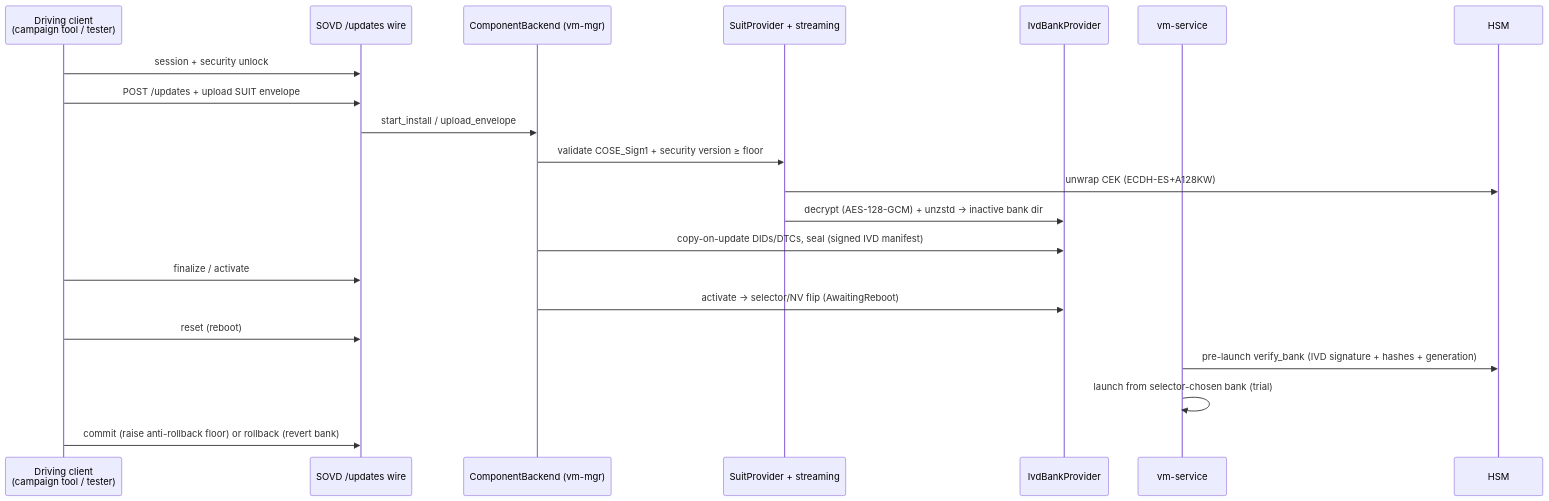
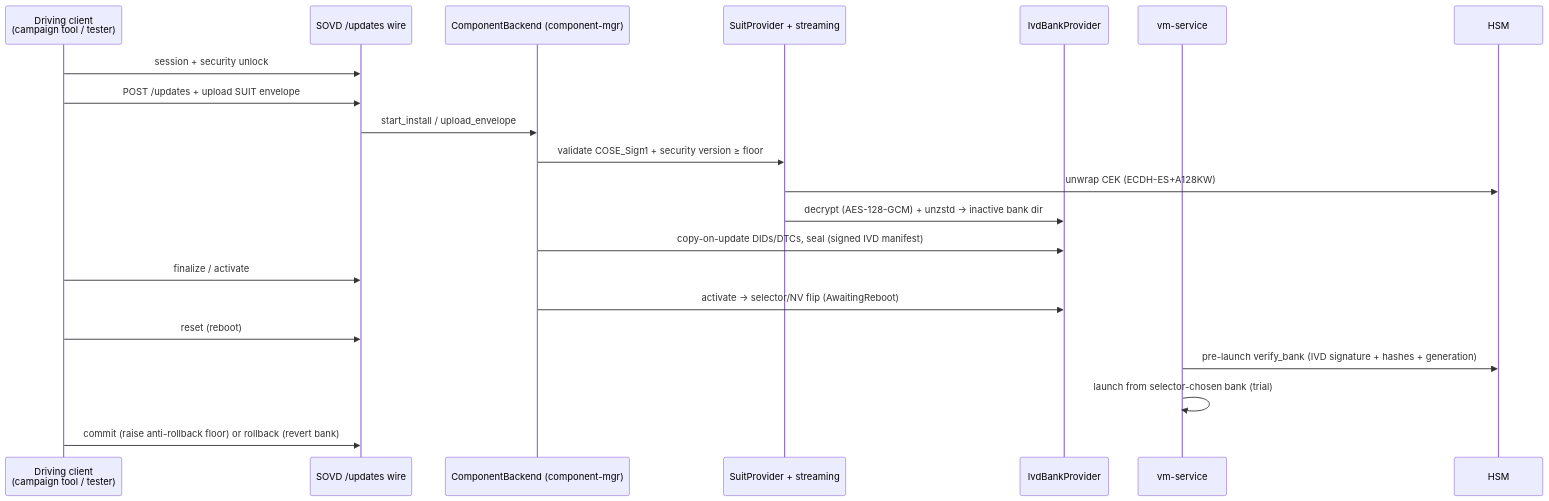
One commit to sdv-playground/sumo-machine-manager changed the fifth of 5 diagrams in ARCHITECTURE.md. Above: the diagram before and after it, drawn with Mermaid. The commit also changed other lines of this file and 30 other files, not shown here.

First line of the commit message:
refactor(docs): vm-mgr -> component-mgr crate references

````diff
--- a/ARCHITECTURE.md
+++ b/ARCHITECTURE.md
@@ -278,24 +278,24 @@
 ```mermaid
 sequenceDiagram
     participant O as Driving client<br/>(campaign tool / tester)
     participant W as SOVD /updates wire
-    participant CB as ComponentBackend (vm-mgr)
+    participant CB as ComponentBackend (component-mgr)
     participant SP as SuitProvider + streaming
     participant BP as IvdBankProvider
     participant VS as vm-service
     participant H as HSM
 
     O->>W: session + security unlock
     O->>W: POST /updates + upload SUIT envelope
     W->>CB: start_install / upload_envelope
     CB->>SP: validate COSE_Sign1 + security version ≥ floor
     SP->>H: unwrap CEK (ECDH-ES+A128KW)
     SP->>BP: decrypt (AES-128-GCM) + unzstd → inactive bank dir
     CB->>BP: copy-on-update DIDs/DTCs, seal (signed IVD manifest)
     O->>W: finalize / activate
     CB->>BP: activate → selector/NV flip (AwaitingReboot)
     O->>W: reset (reboot)
     VS->>H: pre-launch verify_bank (IVD signature + hashes + generation)
     VS->>VS: launch from selector-chosen bank (trial)
     O->>W: commit (raise anti-rollback floor) or rollback (revert bank)
 ```
````
